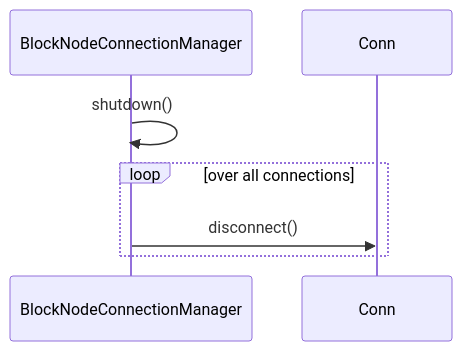
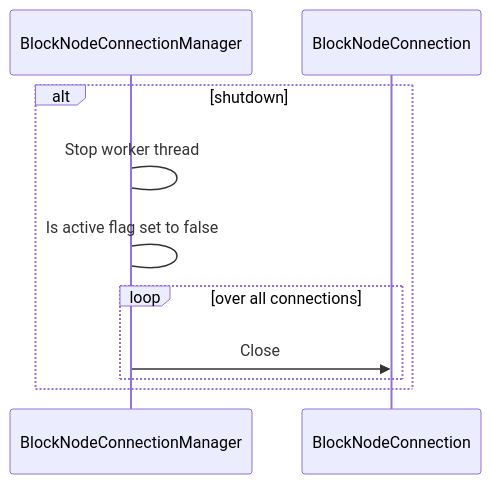
Before and after one commit to quiet-node/hiero-consensus-node: the third of 3 diagrams in hedera-node/docs/design/app/blocks/BlockNodeConnectionManager.md, drawn with Mermaid. The commit also changed other lines of this file and 8 other files, not shown here.

````diff
--- a/hedera-node/docs/design/app/blocks/BlockNodeConnectionManager.md
+++ b/hedera-node/docs/design/app/blocks/BlockNodeConnectionManager.md
@@ -81,9 +90,14 @@
 ```mermaid
 sequenceDiagram
     participant Manager as BlockNodeConnectionManager
+    participant Conn as BlockNodeConnection
 
-    Manager->>Manager: shutdown()
-    loop over all connections
-        Manager->>Conn: disconnect()
+    alt shutdown
+      Manager -> Manager: Stop worker thread
+      Manager -> Manager: Is active flag set to false
+      loop over all connections
+        Manager ->> Conn: Close
+      end
     end
+
 ```
````
